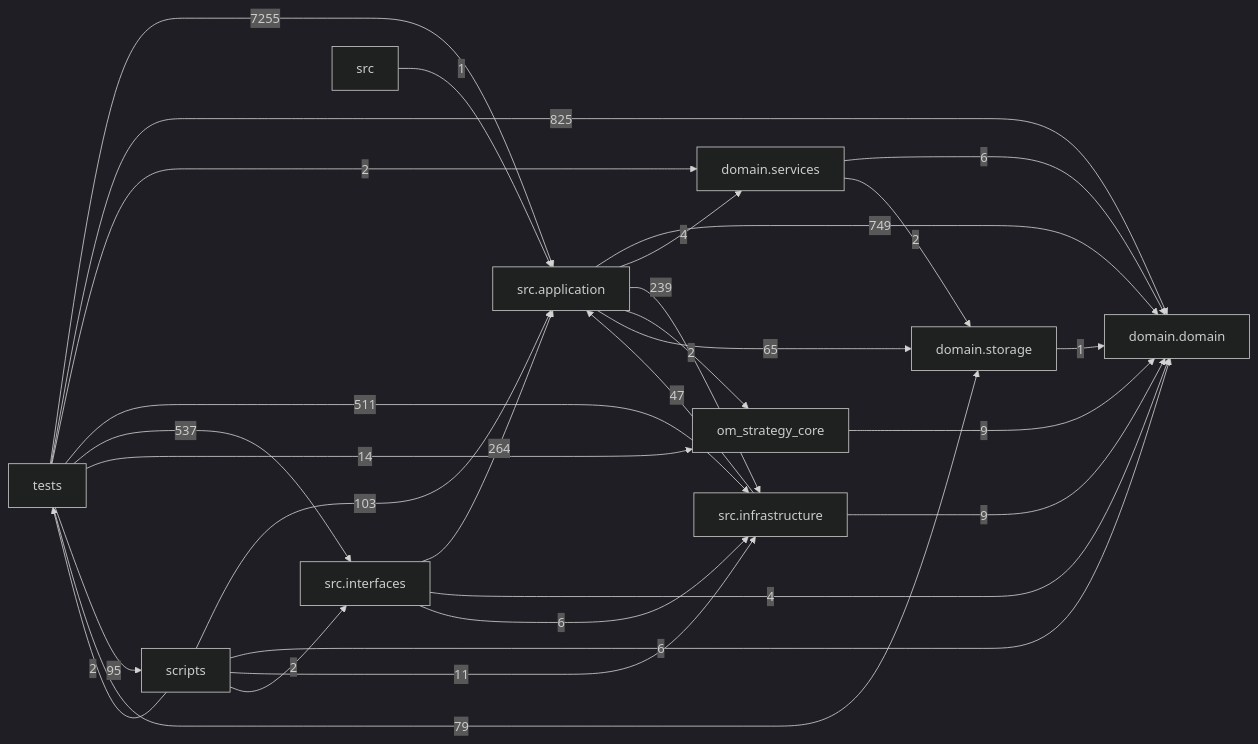
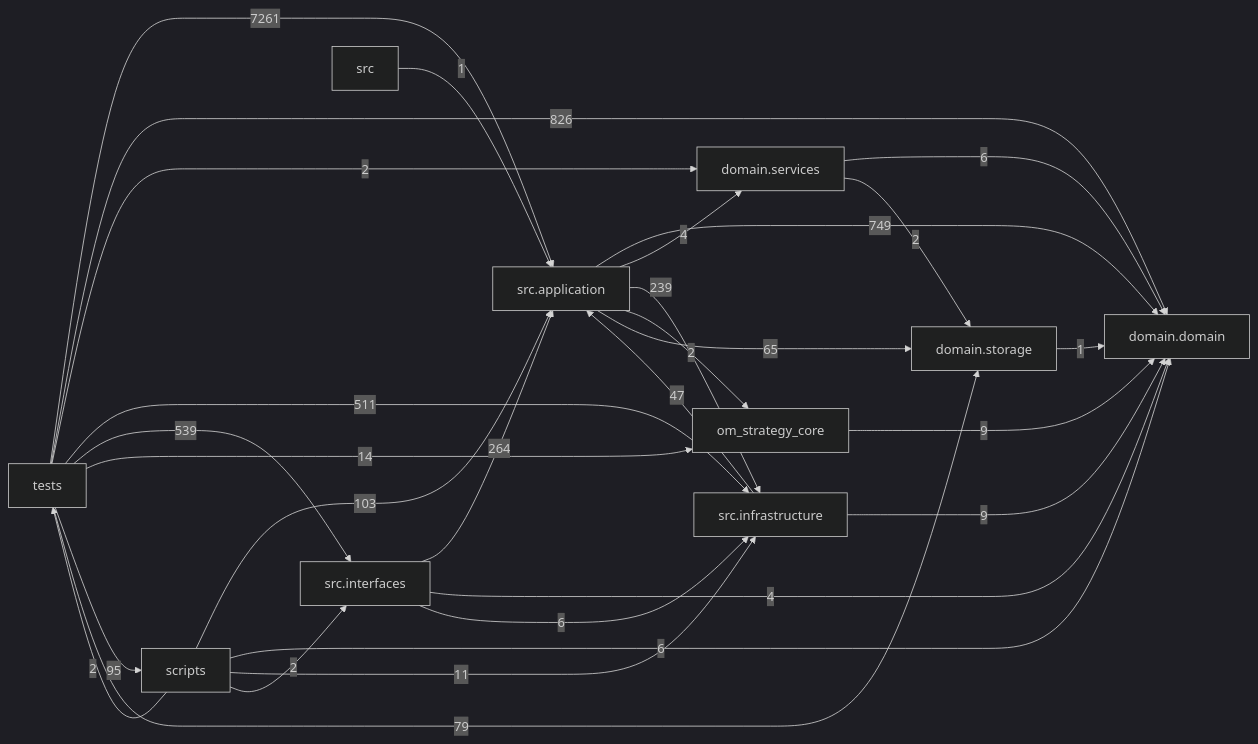
The diagram in docs/DEPENDENCY_GRAPH.md (liuxie066/options-monitor), drawn with Mermaid (dark theme) before and after one commit. The commit also changed other lines of this file and 4 other files, not shown here.

````diff
--- a/docs/DEPENDENCY_GRAPH.md
+++ b/docs/DEPENDENCY_GRAPH.md
@@ -24,39 +24,39 @@
 ```mermaid
 flowchart LR
   tests["tests"]
   scripts["scripts"]
   interfaces["src.interfaces"]
   application["src.application"]
   infrastructure["src.infrastructure"]
   domain_services["domain.services"]
   domain["domain.domain"]
   storage["domain.storage"]
   application -->|749| domain
   application -->|4| domain_services
   application -->|239| infrastructure
   application -->|2| om_strategy_core
   application -->|65| storage
   domain_services -->|6| domain
   domain_services -->|2| storage
   infrastructure -->|47| application
   infrastructure -->|9| domain
   interfaces -->|264| application
   interfaces -->|4| domain
   interfaces -->|6| infrastructure
   om_strategy_core -->|9| domain
   scripts -->|103| application
   scripts -->|6| domain
   scripts -->|11| infrastructure
   scripts -->|2| interfaces
   scripts -->|2| tests
   src -->|1| application
   storage -->|1| domain
-  tests -->|7255| application
-  tests -->|825| domain
+  tests -->|7261| application
+  tests -->|826| domain
   tests -->|2| domain_services
   tests -->|511| infrastructure
-  tests -->|537| interfaces
+  tests -->|539| interfaces
   tests -->|14| om_strategy_core
   tests -->|95| scripts
   tests -->|79| storage
 ```
````
